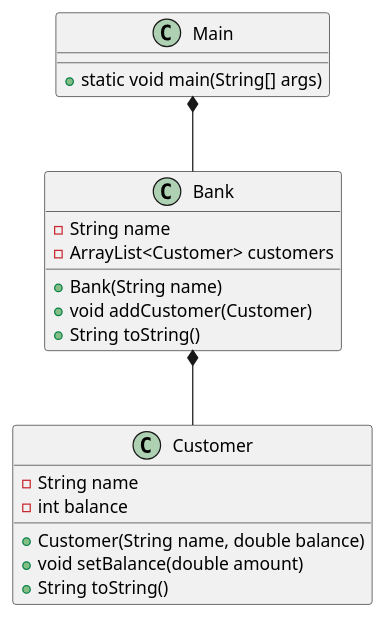
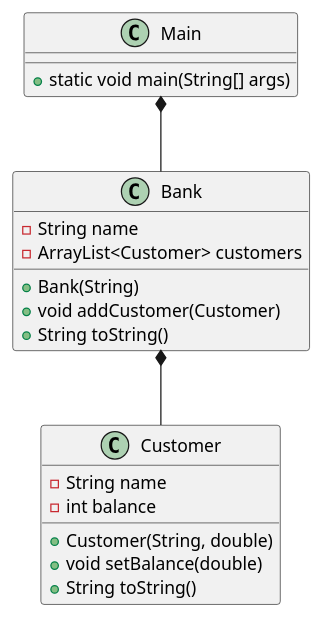
The diagram in doc/classdiagram.puml (EmilDagsberg/BankSystem), drawn with PlantUML before and after one commit.

```diff
--- a/doc/classdiagram.puml
+++ b/doc/classdiagram.puml
@@ -1,28 +1,28 @@
 @startuml
 class Main{
  + static void main(String[] args)
 }
 
 class Bank{
  - String name
  - ArrayList<Customer> customers
- + Bank(String name)
+ + Bank(String)
  + void addCustomer(Customer)
  + String toString()
 }
 
 class Customer{
  - String name
  - int balance
- + Customer(String name, double balance)
- + void setBalance(double amount)
+ + Customer(String, double)
+ + void setBalance(double)
  + String toString()
 
 }
 
 
 
 Main *-- Bank
 Bank *-- Customer
 
 @enduml
```
